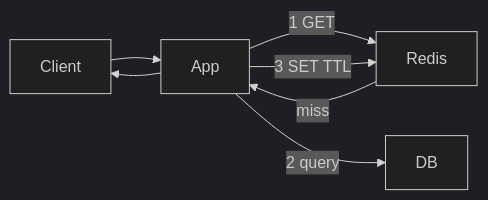
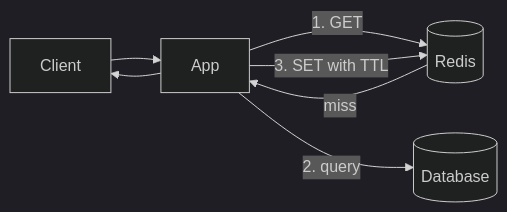
One commit to zekkrron/cs-knowledge-base changed the diagram in HLD/Topics/06 - Caching/06 - Caching.md. Above: the diagram before and after it, drawn with Mermaid (dark theme). The commit also changed other lines of this file and 51 other files, not shown here.

````diff
--- a/HLD/Topics/06 - Caching/06 - Caching.md
+++ b/HLD/Topics/06 - Caching/06 - Caching.md
@@ -37,9 +53,9 @@
 ```mermaid
 flowchart LR
     C[Client] --> A[App]
-    A -->|1 GET| R[Redis]
+    A -->|1. GET| R[(Redis)]
     R -->|miss| A
-    A -->|2 query| DB
-    A -->|3 SET TTL| R
+    A -->|2. query| DB[(Database)]
+    A -->|3. SET with TTL| R
     A --> C
 ```
````
